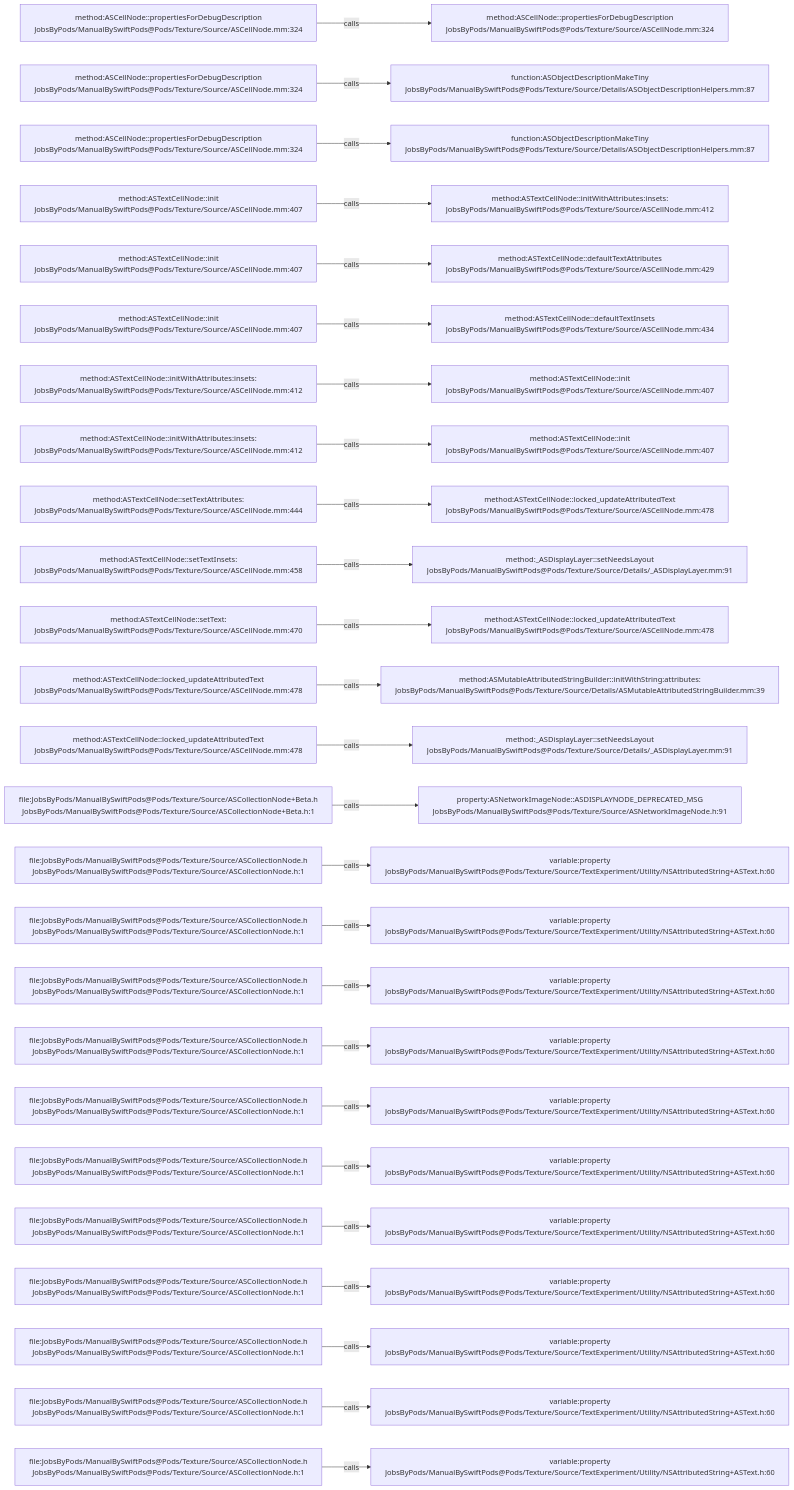
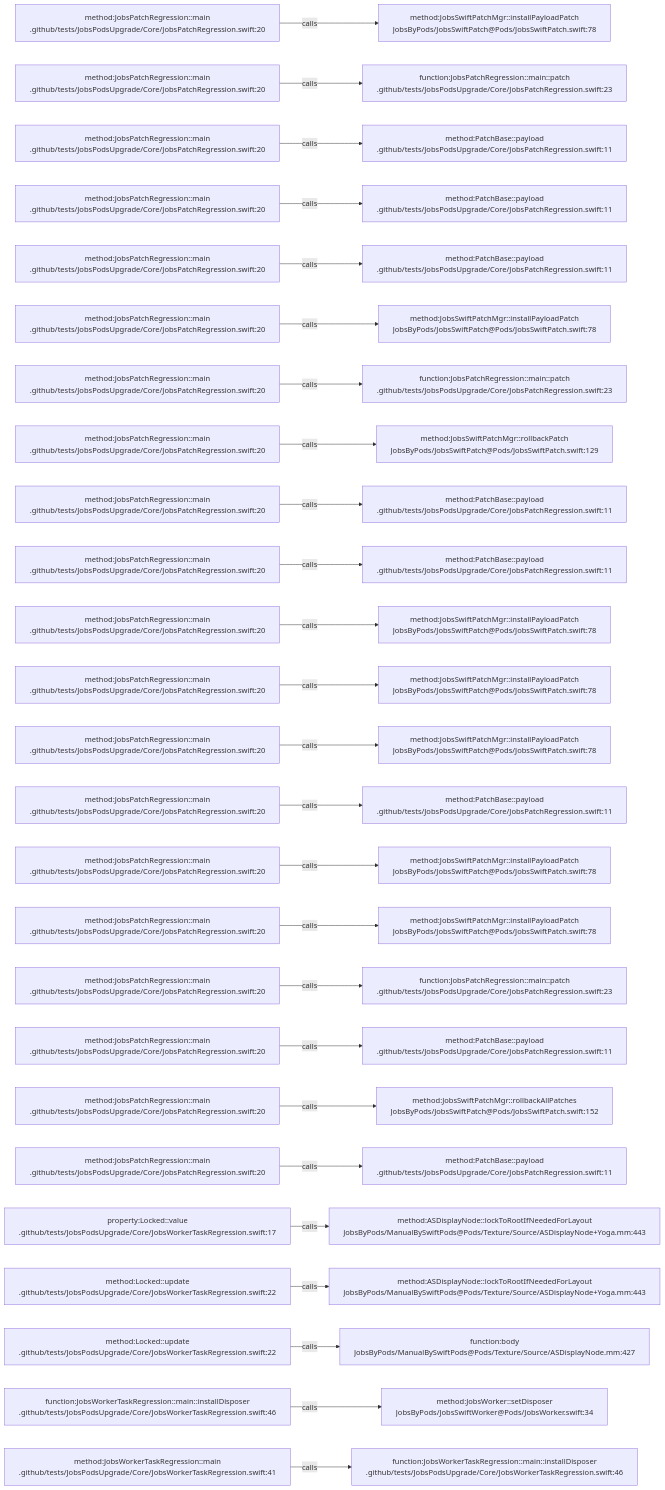
One commit to JobsKits/JobsSwiftBaseConfigDemo changed the diagram in .codegraph/codegraph.md/graphs/calls-005.md. Above: the diagram before and after it, drawn with Mermaid. The commit also changed 224 other files, not shown here.

````diff
--- a/.codegraph/codegraph.md/graphs/calls-005.md
+++ b/.codegraph/codegraph.md/graphs/calls-005.md
@@ -13,78 +13,78 @@
 ```mermaid
 flowchart LR
-  S1["method:ASCellNode::propertiesForDebugDescription<br/>JobsByPods/ManualBySwiftPods@Pods/Texture/Source/ASCellNode.mm:324"]
-  T1["method:ASCellNode::propertiesForDebugDescription<br/>JobsByPods/ManualBySwiftPods@Pods/Texture/Source/ASCellNode.mm:324"]
+  S1["method:JobsPatchRegression::main<br/>.github/tests/JobsPodsUpgrade/Core/JobsPatchRegression.swift:20"]
+  T1["method:JobsSwiftPatchMgr::installPayloadPatch<br/>JobsByPods/JobsSwiftPatch@Pods/JobsSwiftPatch.swift:78"]
   S1 -->|calls| T1
-  S2["method:ASCellNode::propertiesForDebugDescription<br/>JobsByPods/ManualBySwiftPods@Pods/Texture/Source/ASCellNode.mm:324"]
-  T2["function:ASObjectDescriptionMakeTiny<br/>JobsByPods/ManualBySwiftPods@Pods/Texture/Source/Details/ASObjectDescriptionHelpers.mm:87"]
+  S2["method:JobsPatchRegression::main<br/>.github/tests/JobsPodsUpgrade/Core/JobsPatchRegression.swift:20"]
+  T2["function:JobsPatchRegression::main::patch<br/>.github/tests/JobsPodsUpgrade/Core/JobsPatchRegression.swift:23"]
   S2 -->|calls| T2
-  S3["method:ASCellNode::propertiesForDebugDescription<br/>JobsByPods/ManualBySwiftPods@Pods/Texture/Source/ASCellNode.mm:324"]
-  T3["function:ASObjectDescriptionMakeTiny<br/>JobsByPods/ManualBySwiftPods@Pods/Texture/Source/Details/ASObjectDescriptionHelpers.mm:87"]
+  S3["method:JobsPatchRegression::main<br/>.github/tests/JobsPodsUpgrade/Core/JobsPatchRegression.swift:20"]
+  T3["method:PatchBase::payload<br/>.github/tests/JobsPodsUpgrade/Core/JobsPatchRegression.swift:11"]
   S3 -->|calls| T3
-  S4["method:ASTextCellNode::init<br/>JobsByPods/ManualBySwiftPods@Pods/Texture/Source/ASCellNode.mm:407"]
-  T4["method:ASTextCellNode::initWithAttributes:insets:<br/>JobsByPods/ManualBySwiftPods@Pods/Texture/Source/ASCellNode.mm:412"]
+  S4["method:JobsPatchRegression::main<br/>.github/tests/JobsPodsUpgrade/Core/JobsPatchRegression.swift:20"]
+  T4["method:PatchBase::payload<br/>.github/tests/JobsPodsUpgrade/Core/JobsPatchRegression.swift:11"]
   S4 -->|calls| T4
-  S5["method:ASTextCellNode::init<br/>JobsByPods/ManualBySwiftPods@Pods/Texture/Source/ASCellNode.mm:407"]
-  T5["method:ASTextCellNode::defaultTextAttributes<br/>JobsByPods/ManualBySwiftPods@Pods/Texture/Source/ASCellNode.mm:429"]
+  S5["method:JobsPatchRegression::main<br/>.github/tests/JobsPodsUpgrade/Core/JobsPatchRegression.swift:20"]
+  T5["method:PatchBase::payload<br/>.github/tests/JobsPodsUpgrade/Core/JobsPatchRegression.swift:11"]
   S5 -->|calls| T5
-  S6["method:ASTextCellNode::init<br/>JobsByPods/ManualBySwiftPods@Pods/Texture/Source/ASCellNode.mm:407"]
-  T6["method:ASTextCellNode::defaultTextInsets<br/>JobsByPods/ManualBySwiftPods@Pods/Texture/Source/ASCellNode.mm:434"]
+  S6["method:JobsPatchRegression::main<br/>.github/tests/JobsPodsUpgrade/Core/JobsPatchRegression.swift:20"]
+  T6["method:JobsSwiftPatchMgr::installPayloadPatch<br/>JobsByPods/JobsSwiftPatch@Pods/JobsSwiftPatch.swift:78"]
   S6 -->|calls| T6
-  S7["method:ASTextCellNode::initWithAttributes:insets:<br/>JobsByPods/ManualBySwiftPods@Pods/Texture/Source/ASCellNode.mm:412"]
-  T7["method:ASTextCellNode::init<br/>JobsByPods/ManualBySwiftPods@Pods/Texture/Source/ASCellNode.mm:407"]
+  S7["method:JobsPatchRegression::main<br/>.github/tests/JobsPodsUpgrade/Core/JobsPatchRegression.swift:20"]
+  T7["function:JobsPatchRegression::main::patch<br/>.github/tests/JobsPodsUpgrade/Core/JobsPatchRegression.swift:23"]
   S7 -->|calls| T7
-  S8["method:ASTextCellNode::initWithAttributes:insets:<br/>JobsByPods/ManualBySwiftPods@Pods/Texture/Source/ASCellNode.mm:412"]
-  T8["method:ASTextCellNode::init<br/>JobsByPods/ManualBySwiftPods@Pods/Texture/Source/ASCellNode.mm:407"]
+  S8["method:JobsPatchRegression::main<br/>.github/tests/JobsPodsUpgrade/Core/JobsPatchRegression.swift:20"]
+  T8["method:JobsSwiftPatchMgr::rollbackPatch<br/>JobsByPods/JobsSwiftPatch@Pods/JobsSwiftPatch.swift:129"]
   S8 -->|calls| T8
-  S9["method:ASTextCellNode::setTextAttributes:<br/>JobsByPods/ManualBySwiftPods@Pods/Texture/Source/ASCellNode.mm:444"]
-  T9["method:ASTextCellNode::locked_updateAttributedText<br/>JobsByPods/ManualBySwiftPods@Pods/Texture/Source/ASCellNode.mm:478"]
+  S9["method:JobsPatchRegression::main<br/>.github/tests/JobsPodsUpgrade/Core/JobsPatchRegression.swift:20"]
+  T9["method:PatchBase::payload<br/>.github/tests/JobsPodsUpgrade/Core/JobsPatchRegression.swift:11"]
   S9 -->|calls| T9
-  S10["method:ASTextCellNode::setTextInsets:<br/>JobsByPods/ManualBySwiftPods@Pods/Texture/Source/ASCellNode.mm:458"]
-  T10["method:_ASDisplayLayer::setNeedsLayout<br/>JobsByPods/ManualBySwiftPods@Pods/Texture/Source/Details/_ASDisplayLayer.mm:91"]
+  S10["method:JobsPatchRegression::main<br/>.github/tests/JobsPodsUpgrade/Core/JobsPatchRegression.swift:20"]
+  T10["method:PatchBase::payload<br/>.github/tests/JobsPodsUpgrade/Core/JobsPatchRegression.swift:11"]
   S10 -->|calls| T10
-  S11["method:ASTextCellNode::setText:<br/>JobsByPods/ManualBySwiftPods@Pods/Texture/Source/ASCellNode.mm:470"]
-  T11["method:ASTextCellNode::locked_updateAttributedText<br/>JobsByPods/ManualBySwiftPods@Pods/Texture/Source/ASCellNode.mm:478"]
+  S11["method:JobsPatchRegression::main<br/>.github/tests/JobsPodsUpgrade/Core/JobsPatchRegression.swift:20"]
+  T11["method:JobsSwiftPatchMgr::installPayloadPatch<br/>JobsByPods/JobsSwiftPatch@Pods/JobsSwiftPatch.swift:78"]
   S11 -->|calls| T11
-  S12["method:ASTextCellNode::locked_updateAttributedText<br/>JobsByPods/ManualBySwiftPods@Pods/Texture/Source/ASCellNode.mm:478"]
-  T12["method:ASMutableAttributedStringBuilder::initWithString:attributes:<br/>JobsByPods/ManualBySwiftPods@Pods/Texture/Source/Details/ASMutableAttributedStringBuilder.mm:39"]
+  S12["method:JobsPatchRegression::main<br/>.github/tests/JobsPodsUpgrade/Core/JobsPatchRegression.swift:20"]
+  T12["method:JobsSwiftPatchMgr::installPayloadPatch<br/>JobsByPods/JobsSwiftPatch@Pods/JobsSwiftPatch.swift:78"]
   S12 -->|calls| T12
-  S13["method:ASTextCellNode::locked_updateAttributedText<br/>JobsByPods/ManualBySwiftPods@Pods/Texture/Source/ASCellNode.mm:478"]
-  T13["method:_ASDisplayLayer::setNeedsLayout<br/>JobsByPods/ManualBySwiftPods@Pods/Texture/Source/Details/_ASDisplayLayer.mm:91"]
+  S13["method:JobsPatchRegression::main<br/>.github/tests/JobsPodsUpgrade/Core/JobsPatchRegression.swift:20"]
+  T13["method:JobsSwiftPatchMgr::installPayloadPatch<br/>JobsByPods/JobsSwiftPatch@Pods/JobsSwiftPatch.swift:78"]
   S13 -->|calls| T13
-  S14["file:JobsByPods/ManualBySwiftPods@Pods/Texture/Source/ASCollectionNode+Beta.h<br/>JobsByPods/ManualBySwiftPods@Pods/Texture/Source/ASCollectionNode+Beta.h:1"]
-  T14["property:ASNetworkImageNode::ASDISPLAYNODE_DEPRECATED_MSG<br/>JobsByPods/ManualBySwiftPods@Pods/Texture/Source/ASNetworkImageNode.h:91"]
+  S14["method:JobsPatchRegression::main<br/>.github/tests/JobsPodsUpgrade/Core/JobsPatchRegression.swift:20"]
+  T14["method:PatchBase::payload<br/>.github/tests/JobsPodsUpgrade/Core/JobsPatchRegression.swift:11"]
   S14 -->|calls| T14
-  S15["file:JobsByPods/ManualBySwiftPods@Pods/Texture/Source/ASCollectionNode.h<br/>JobsByPods/ManualBySwiftPods@Pods/Texture/Source/ASCollectionNode.h:1"]
-  T15["variable:property<br/>JobsByPods/ManualBySwiftPods@Pods/Texture/Source/TextExperiment/Utility/NSAttributedString+ASText.h:60"]
+  S15["method:JobsPatchRegression::main<br/>.github/tests/JobsPodsUpgrade/Core/JobsPatchRegression.swift:20"]
+  T15["method:JobsSwiftPatchMgr::installPayloadPatch<br/>JobsByPods/JobsSwiftPatch@Pods/JobsSwiftPatch.swift:78"]
   S15 -->|calls| T15
-  S16["file:JobsByPods/ManualBySwiftPods@Pods/Texture/Source/ASCollectionNode.h<br/>JobsByPods/ManualBySwiftPods@Pods/Texture/Source/ASCollectionNode.h:1"]
-  T16["variable:property<br/>JobsByPods/ManualBySwiftPods@Pods/Texture/Source/TextExperiment/Utility/NSAttributedString+ASText.h:60"]
+  S16["method:JobsPatchRegression::main<br/>.github/tests/JobsPodsUpgrade/Core/JobsPatchRegression.swift:20"]
+  T16["method:JobsSwiftPatchMgr::installPayloadPatch<br/>JobsByPods/JobsSwiftPatch@Pods/JobsSwiftPatch.swift:78"]
   S16 -->|calls| T16
-  S17["file:JobsByPods/ManualBySwiftPods@Pods/Texture/Source/ASCollectionNode.h<br/>JobsByPods/ManualBySwiftPods@Pods/Texture/Source/ASCollectionNode.h:1"]
-  T17["variable:property<br/>JobsByPods/ManualBySwiftPods@Pods/Texture/Source/TextExperiment/Utility/NSAttributedString+ASText.h:60"]
+  S17["method:JobsPatchRegression::main<br/>.github/tests/JobsPodsUpgrade/Core/JobsPatchRegression.swift:20"]
+  T17["function:JobsPatchRegression::main::patch<br/>.github/tests/JobsPodsUpgrade/Core/JobsPatchRegression.swift:23"]
   S17 -->|calls| T17
-  S18["file:JobsByPods/ManualBySwiftPods@Pods/Texture/Source/ASCollectionNode.h<br/>JobsByPods/ManualBySwiftPods@Pods/Texture/Source/ASCollectionNode.h:1"]
-  T18["variable:property<br/>JobsByPods/ManualBySwiftPods@Pods/Texture/Source/TextExperiment/Utility/NSAttributedString+ASText.h:60"]
+  S18["method:JobsPatchRegression::main<br/>.github/tests/JobsPodsUpgrade/Core/JobsPatchRegression.swift:20"]
+  T18["method:PatchBase::payload<br/>.github/tests/JobsPodsUpgrade/Core/JobsPatchRegression.swift:11"]
   S18 -->|calls| T18
-  S19["file:JobsByPods/ManualBySwiftPods@Pods/Texture/Source/ASCollectionNode.h<br/>JobsByPods/ManualBySwiftPods@Pods/Texture/Source/ASCollectionNode.h:1"]
-  T19["variable:property<br/>JobsByPods/ManualBySwiftPods@Pods/Texture/Source/TextExperiment/Utility/NSAttributedString+ASText.h:60"]
+  S19["method:JobsPatchRegression::main<br/>.github/tests/JobsPodsUpgrade/Core/JobsPatchRegression.swift:20"]
+  T19["method:JobsSwiftPatchMgr::rollbackAllPatches<br/>JobsByPods/JobsSwiftPatch@Pods/JobsSwiftPatch.swift:152"]
   S19 -->|calls| T19
-  S20["file:JobsByPods/ManualBySwiftPods@Pods/Texture/Source/ASCollectionNode.h<br/>JobsByPods/ManualBySwiftPods@Pods/Texture/Source/ASCollectionNode.h:1"]
-  T20["variable:property<br/>JobsByPods/ManualBySwiftPods@Pods/Texture/Source/TextExperiment/Utility/NSAttributedString+ASText.h:60"]
+  S20["method:JobsPatchRegression::main<br/>.github/tests/JobsPodsUpgrade/Core/JobsPatchRegression.swift:20"]
+  T20["method:PatchBase::payload<br/>.github/tests/JobsPodsUpgrade/Core/JobsPatchRegression.swift:11"]
   S20 -->|calls| T20
-  S21["file:JobsByPods/ManualBySwiftPods@Pods/Texture/Source/ASCollectionNode.h<br/>JobsByPods/ManualBySwiftPods@Pods/Texture/Source/ASCollectionNode.h:1"]
-  T21["variable:property<br/>JobsByPods/ManualBySwiftPods@Pods/Texture/Source/TextExperiment/Utility/NSAttributedString+ASText.h:60"]
+  S21["property:Locked::value<br/>.github/tests/JobsPodsUpgrade/Core/JobsWorkerTaskRegression.swift:17"]
+  T21["method:ASDisplayNode::lockToRootIfNeededForLayout<br/>JobsByPods/ManualBySwiftPods@Pods/Texture/Source/ASDisplayNode+Yoga.mm:443"]
   S21 -->|calls| T21
-  S22["file:JobsByPods/ManualBySwiftPods@Pods/Texture/Source/ASCollectionNode.h<br/>JobsByPods/ManualBySwiftPods@Pods/Texture/Source/ASCollectionNode.h:1"]
-  T22["variable:property<br/>JobsByPods/ManualBySwiftPods@Pods/Texture/Source/TextExperiment/Utility/NSAttributedString+ASText.h:60"]
+  S22["method:Locked::update<br/>.github/tests/JobsPodsUpgrade/Core/JobsWorkerTaskRegression.swift:22"]
+  T22["method:ASDisplayNode::lockToRootIfNeededForLayout<br/>JobsByPods/ManualBySwiftPods@Pods/Texture/Source/ASDisplayNode+Yoga.mm:443"]
   S22 -->|calls| T22
-  S23["file:JobsByPods/ManualBySwiftPods@Pods/Texture/Source/ASCollectionNode.h<br/>JobsByPods/ManualBySwiftPods@Pods/Texture/Source/ASCollectionNode.h:1"]
-  T23["variable:property<br/>JobsByPods/ManualBySwiftPods@Pods/Texture/Source/TextExperiment/Utility/NSAttributedString+ASText.h:60"]
+  S23["method:Locked::update<br/>.github/tests/JobsPodsUpgrade/Core/JobsWorkerTaskRegression.swift:22"]
+  T23["function:body<br/>JobsByPods/ManualBySwiftPods@Pods/Texture/Source/ASDisplayNode.mm:427"]
   S23 -->|calls| T23
-  S24["file:JobsByPods/ManualBySwiftPods@Pods/Texture/Source/ASCollectionNode.h<br/>JobsByPods/ManualBySwiftPods@Pods/Texture/Source/ASCollectionNode.h:1"]
-  T24["variable:property<br/>JobsByPods/ManualBySwiftPods@Pods/Texture/Source/TextExperiment/Utility/NSAttributedString+ASText.h:60"]
+  S24["function:JobsWorkerTaskRegression::main::installDisposer<br/>.github/tests/JobsPodsUpgrade/Core/JobsWorkerTaskRegression.swift:46"]
+  T24["method:JobsWorker::setDisposer<br/>JobsByPods/JobsSwiftWorker@Pods/JobsWorker.swift:34"]
   S24 -->|calls| T24
-  S25["file:JobsByPods/ManualBySwiftPods@Pods/Texture/Source/ASCollectionNode.h<br/>JobsByPods/ManualBySwiftPods@Pods/Texture/Source/ASCollectionNode.h:1"]
-  T25["variable:property<br/>JobsByPods/ManualBySwiftPods@Pods/Texture/Source/TextExperiment/Utility/NSAttributedString+ASText.h:60"]
+  S25["method:JobsWorkerTaskRegression::main<br/>.github/tests/JobsPodsUpgrade/Core/JobsWorkerTaskRegression.swift:41"]
+  T25["function:JobsWorkerTaskRegression::main::installDisposer<br/>.github/tests/JobsPodsUpgrade/Core/JobsWorkerTaskRegression.swift:46"]
   S25 -->|calls| T25
 ```
````
